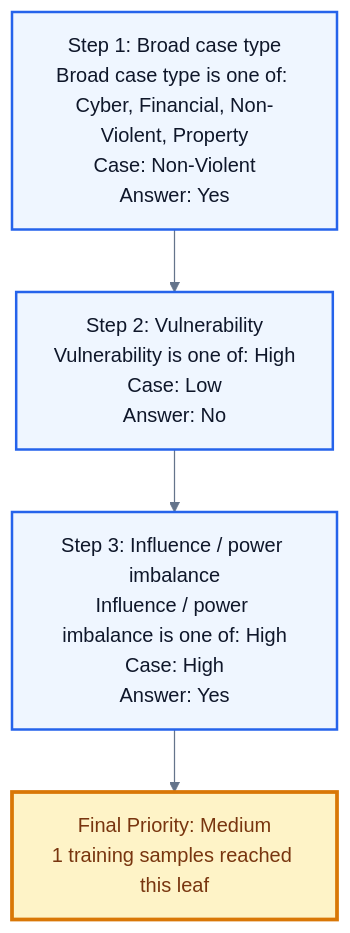
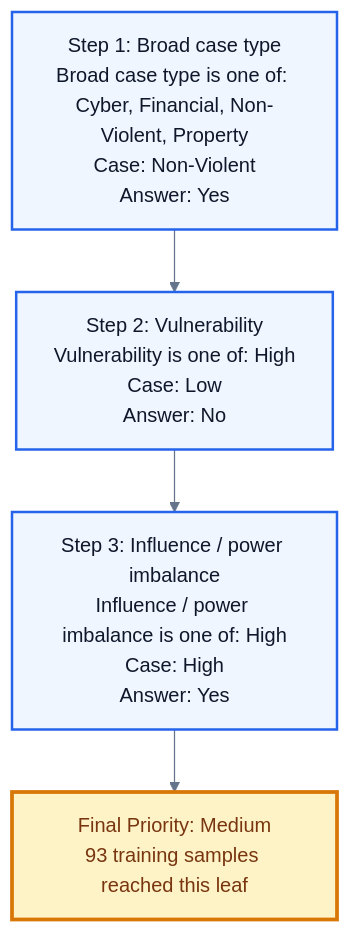
One commit to The-Yesh21/Anavaya-back-end changed the diagram in case_priority_system/decision_graphs/Alembic_Glass_Industries_Ltd_vs_Union_Of_India_And_Ors_on_1_January_1800_decision_report.md. Above: the diagram before and after it, drawn with Mermaid. The commit also changed other lines of this file and 44 other files, not shown here.

````diff
--- a/case_priority_system/decision_graphs/Alembic_Glass_Industries_Ltd_vs_Union_Of_India_And_Ors_on_1_January_1800_decision_report.md
+++ b/case_priority_system/decision_graphs/Alembic_Glass_Industries_Ltd_vs_Union_Of_India_And_Ors_on_1_January_1800_decision_report.md
@@ -107,13 +107,13 @@
 ```mermaid
 %%{init: {'theme': 'base', 'themeVariables': {'fontFamily': 'Inter, Arial', 'primaryColor': '#F8FAFC', 'primaryTextColor': '#0F172A', 'primaryBorderColor': '#64748B', 'lineColor': '#64748B'}} }%%
 flowchart TD
   N0["Step 1: Broad case type<br/>Broad case type is one of: Cyber, Financial, Non-Violent, Property<br/>Case: Non-Violent<br/>Answer: Yes"]:::decision
   N1["Step 2: Vulnerability<br/>Vulnerability is one of: High<br/>Case: Low<br/>Answer: No"]:::decision
   N0 --> N1
   N2["Step 3: Influence / power imbalance<br/>Influence / power imbalance is one of: High<br/>Case: High<br/>Answer: Yes"]:::decision
   N1 --> N2
-  N3["Final Priority: Medium<br/>1 training samples reached this leaf"]:::leaf
+  N3["Final Priority: Medium<br/>93 training samples reached this leaf"]:::leaf
   N2 --> N3
   classDef decision fill:#EFF6FF,stroke:#2563EB,stroke-width:2px,color:#0F172A;
   classDef leaf fill:#FEF3C7,stroke:#D97706,stroke-width:3px,color:#78350F;
 ```
````
